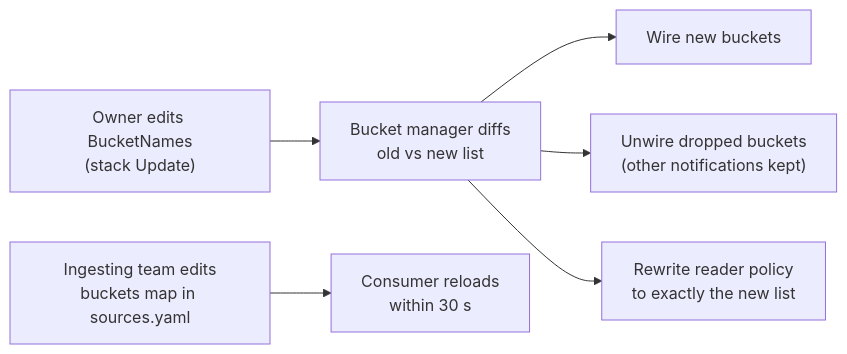
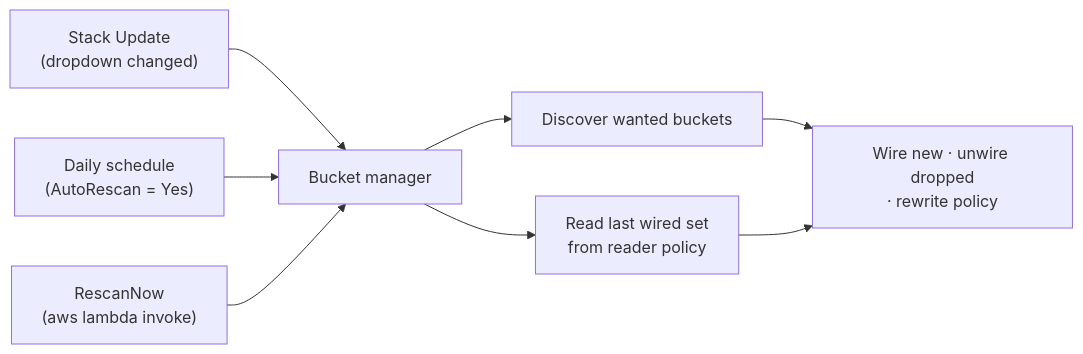
One commit to narkhedeakshay26/event-driven-aws-log-ingestion changed the second of 2 diagrams in docs/ARCHITECTURE.md. Above: the diagram before and after it, drawn with Mermaid. The commit also changed other lines of this file and 22 other files, not shown here.

````diff
--- a/docs/ARCHITECTURE.md
+++ b/docs/ARCHITECTURE.md
@@ -36,8 +39,9 @@
 ```mermaid
 flowchart LR
-    A["Owner edits BucketNames<br/>(stack Update)"] --> B["Bucket manager diffs<br/>old vs new list"]
-    B --> C["Wire new buckets"]
-    B --> D["Unwire dropped buckets<br/>(other notifications kept)"]
-    B --> E["Rewrite reader policy<br/>to exactly the new list"]
-    F["Ingesting team edits<br/>buckets map in sources.yaml"] --> G["Consumer reloads<br/>within 30 s"]
+    A["Stack Update<br/>(dropdown changed)"] --> M
+    B["Daily schedule<br/>(AutoRescan = Yes)"] --> M
+    C["RescanNow<br/>(aws lambda invoke)"] --> M
+    M["Bucket manager"] --> D["Discover wanted buckets"]
+    M --> R["Read last wired set<br/>from reader policy"]
+    D & R --> W["Wire new · unwire dropped<br/>· rewrite policy"]
 ```
````
